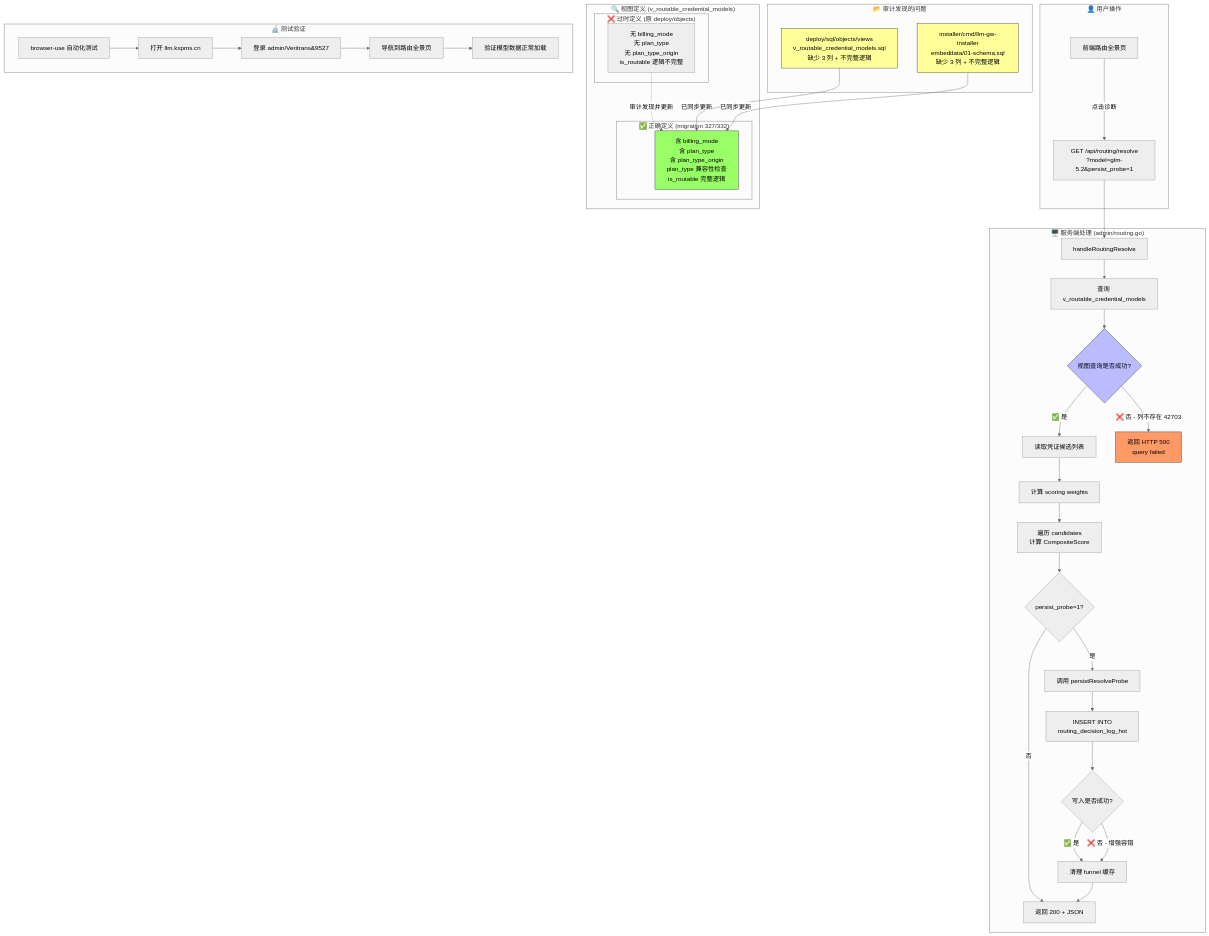
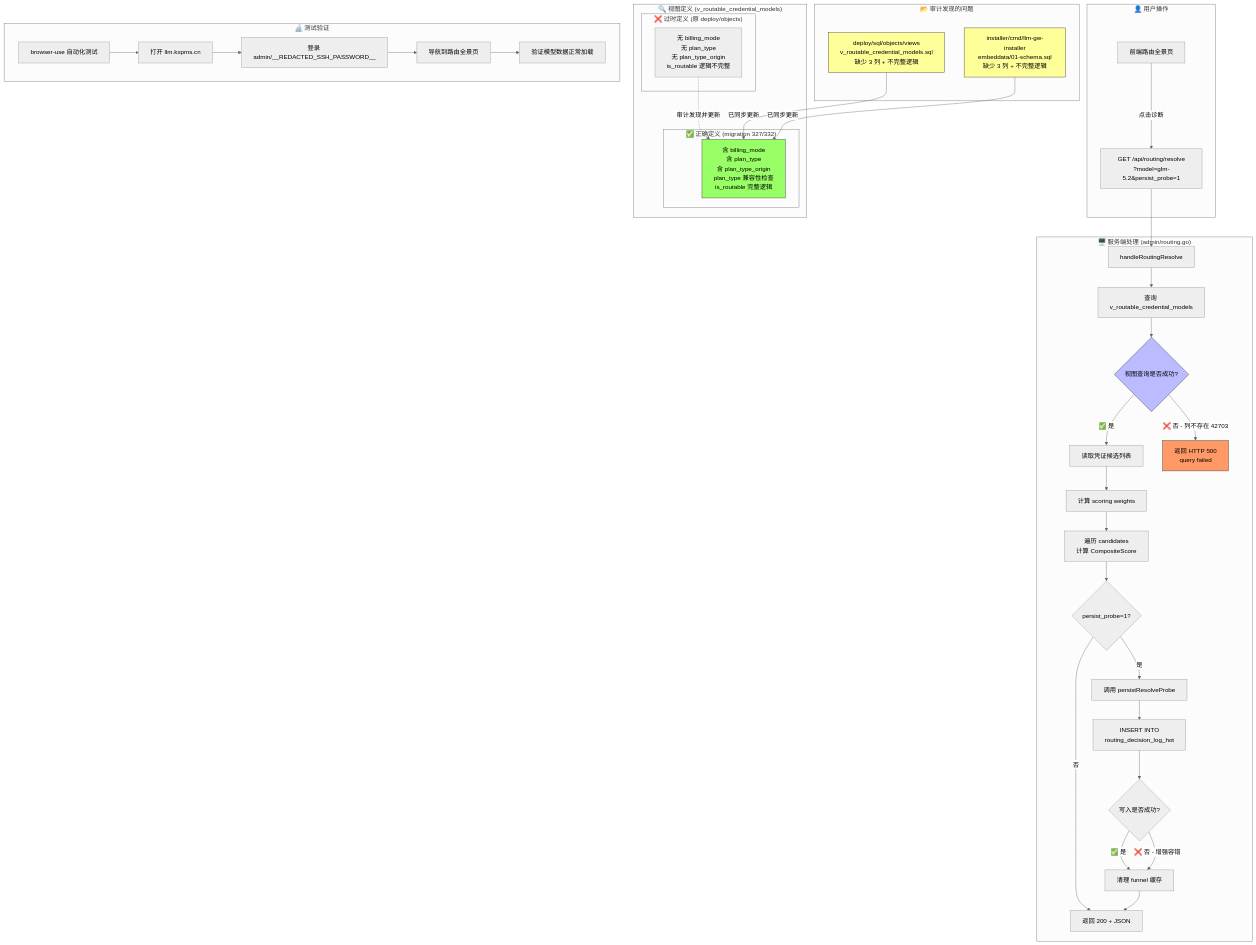
Before and after one commit to halfking/ai-native-gateway-core: the diagram in docs/archive/2026-07/fixes/2026-07-09-routing-resolve-500-fix-summary.md, drawn with Mermaid (neutral theme). The commit also changed 46 other files, not shown here.

````diff
--- a/docs/archive/2026-07/fixes/2026-07-09-routing-resolve-500-fix-summary.md
+++ b/docs/archive/2026-07/fixes/2026-07-09-routing-resolve-500-fix-summary.md
@@ -33,56 +33,56 @@
 ```mermaid
 flowchart TD
     subgraph "👤 用户操作"
         A[前端路由全景页] -->|点击诊断| B[GET /api/routing/resolve<br/>?model=glm-5.2&persist_probe=1]
     end
 
     subgraph "🖥️ 服务端处理 (admin/routing.go)"
         B --> C[handleRoutingResolve]
         C --> D[查询 v_routable_credential_models]
         D --> E{视图查询是否成功?}
         E -->|✅ 是| F[读取凭证候选列表]
         E -->|❌ 否 - 列不存在 42703| G[返回 HTTP 500<br/>query failed]
         F --> H[计算 scoring weights]
         H --> I[遍历 candidates<br/>计算 CompositeScore]
         I --> J{persist_probe=1?}
         J -->|是| K[调用 persistResolveProbe]
         J -->|否| L[返回 200 + JSON]
         K --> M[INSERT INTO<br/>routing_decision_log_hot]
         M --> N{写入是否成功?}
         N -->|✅ 是| O[清理 funnel 缓存]
         N -->|❌ 否 - 增强容错| O
         O --> L
     end
 
     subgraph "🔍 视图定义 (v_routable_credential_models)"
         subgraph "❌ 过时定义 (原 deploy/objects)"
             V1[无 billing_mode<br/>无 plan_type<br/>无 plan_type_origin<br/>is_routable 逻辑不完整]
         end
         subgraph "✅ 正确定义 (migration 327/332)"
             V2[含 billing_mode<br/>含 plan_type<br/>含 plan_type_origin<br/>plan_type 兼容性检查<br/>is_routable 完整逻辑]
         end
         V1 -.->|审计发现并更新| V2
     end
 
     subgraph "📂 审计发现的问题"
         D1[deploy/sql/objects/views<br/>v_routable_credential_models.sql<br/>缺少 3 列 + 不完整逻辑]
         D2[installer/cmd/llm-gw-installer<br/>embeddata/01-schema.sql<br/>缺少 3 列 + 不完整逻辑]
         D1 -->|已同步更新| V2
         D2 -->|已同步更新| V2
     end
 
     subgraph "🔬 测试验证"
         T1[browser-use 自动化测试]
         T2[打开 llm.kxpms.cn]
-        T3[登录 admin/Veritrans&9527]
+        T3[登录 admin/__REDACTED_SSH_PASSWORD__]
         T4[导航到路由全景页]
         T5[验证模型数据正常加载]
         T1 --> T2 --> T3 --> T4 --> T5
     end
 
     style G fill:#f96,stroke:#333
     style V2 fill:#9f6,stroke:#333
     style D1 fill:#ff9,stroke:#333
     style D2 fill:#ff9,stroke:#333
     style E fill:#bbf,stroke:#333
 ```
````
